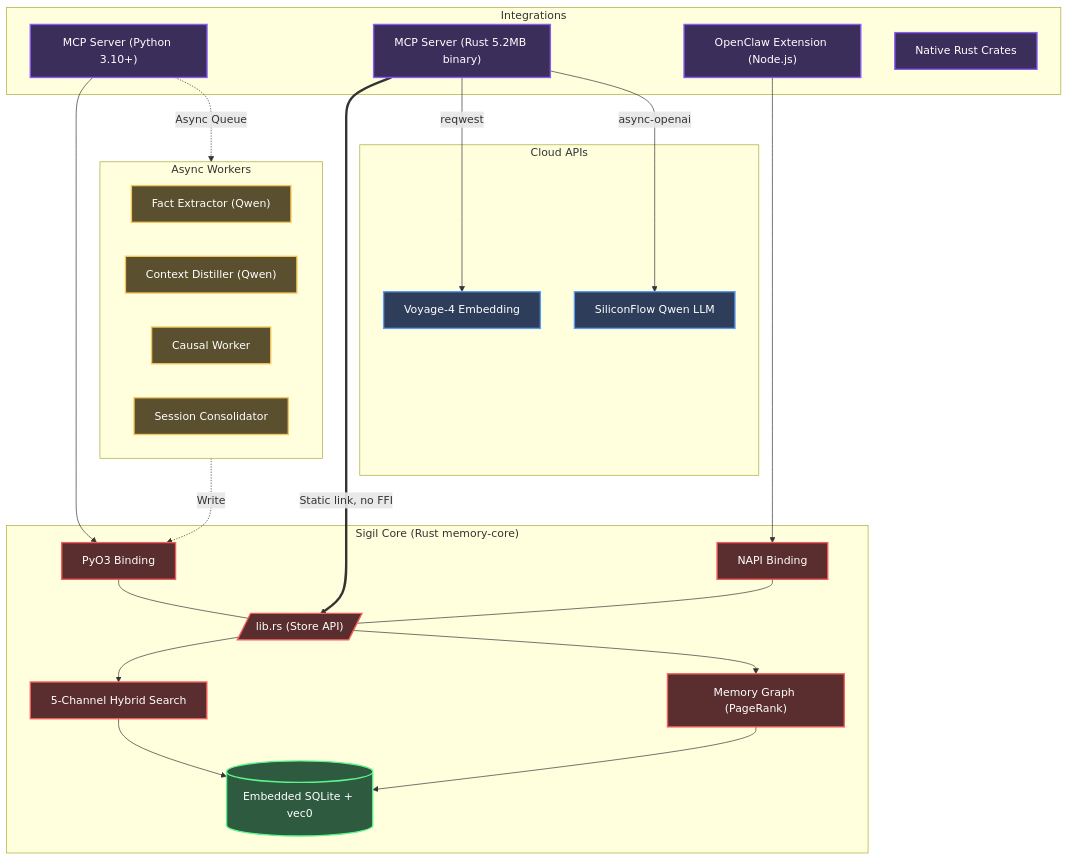
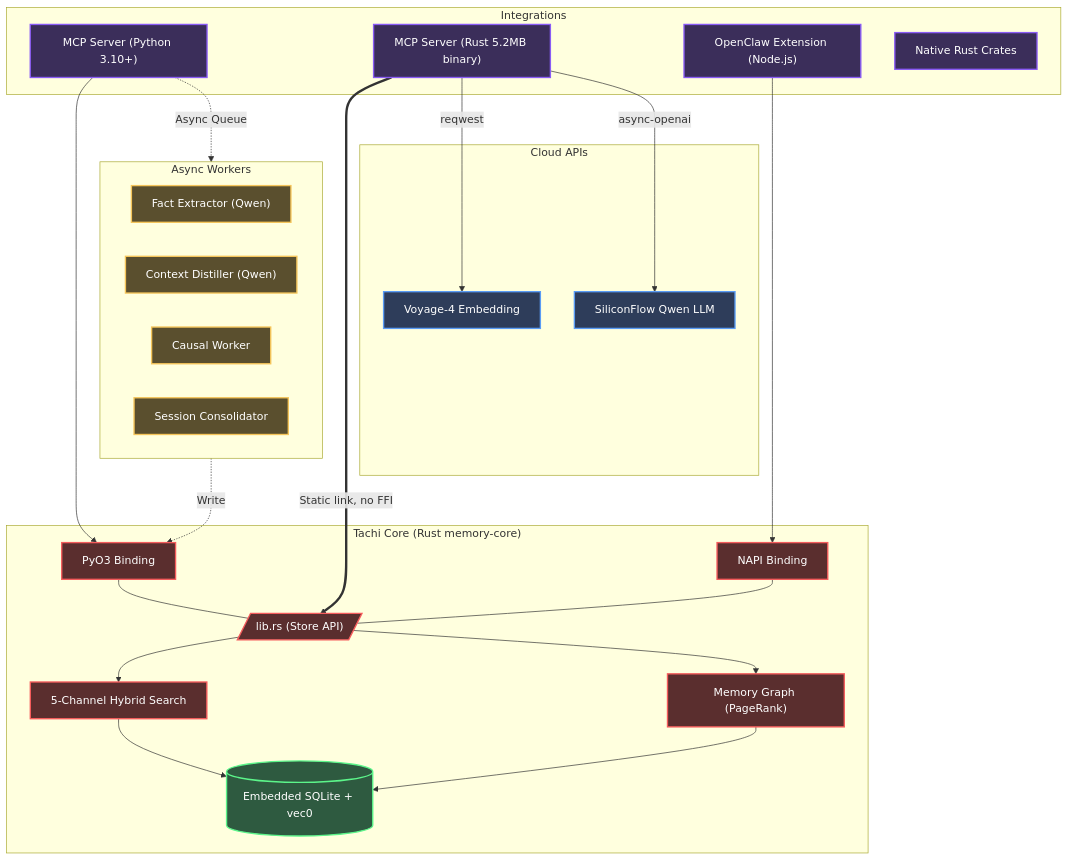
The diagram in README.en.md (kckylechen1/tachi), drawn with Mermaid before and after one commit. The commit also changed other lines of this file and 29 other files, not shown here.

````diff
--- a/README.en.md
+++ b/README.en.md
@@ -156,55 +156,55 @@
 ```mermaid
 graph TD
     subgraph Clients["Integrations"]
         MCP["MCP Server (Python 3.10+)"]
         RMCP["MCP Server (Rust 5.2MB binary)"]
         OC["OpenClaw Extension (Node.js)"]
         NATIVE["Native Rust Crates"]
     end
 
     subgraph Cloud["Cloud APIs"]
         VOYAGE["Voyage-4 Embedding"]
         SILICON["SiliconFlow Qwen LLM"]
     end
 
     subgraph Operations["Async Workers"]
         EXTRACT["Fact Extractor (Qwen)"]
         DISTILL["Context Distiller (Qwen)"]
         CAUSAL["Causal Worker"]
         CONSOLIDATE["Session Consolidator"]
     end
 
-    subgraph Core["Sigil Core (Rust memory-core)"]
+    subgraph Core["Tachi Core (Rust memory-core)"]
         NAPI["NAPI Binding"]
         PYO3["PyO3 Binding"]
 
         NAPI --- LIB[/"lib.rs (Store API)"/]
         PYO3 --- LIB
 
         LIB --> SEARCH["5-Channel Hybrid Search"]
         LIB --> GRAPH["Memory Graph (PageRank)"]
 
         SEARCH --> SQLITE[("Embedded SQLite + vec0")]
         GRAPH --> SQLITE
     end
 
     RMCP ==>|"Static link, no FFI"| LIB
     RMCP -->|"reqwest"| VOYAGE
     RMCP -->|"async-openai"| SILICON
     MCP --> PYO3
     OC --> NAPI
     MCP -.->|"Async Queue"| Operations
     Operations -.->|"Write"| PYO3
 
     classDef client fill:#3b2e5a,stroke:#8a5cf5,stroke-width:2px,color:#fff;
     classDef cloud fill:#2e3d5a,stroke:#5a9cf5,stroke-width:2px,color:#fff;
     classDef worker fill:#5a4f2e,stroke:#f5c55a,stroke-width:2px,color:#fff;
     classDef rust fill:#5a2e2e,stroke:#f55c5c,stroke-width:2px,color:#fff;
     classDef db fill:#2e5a40,stroke:#5cf58a,stroke-width:2px,color:#fff;
 
     class MCP,RMCP,OC,NATIVE client;
     class VOYAGE,SILICON cloud;
     class EXTRACT,DISTILL,CAUSAL,CONSOLIDATE worker;
     class NAPI,PYO3,LIB,SEARCH,GRAPH rust;
     class SQLITE db;
 ```
````
